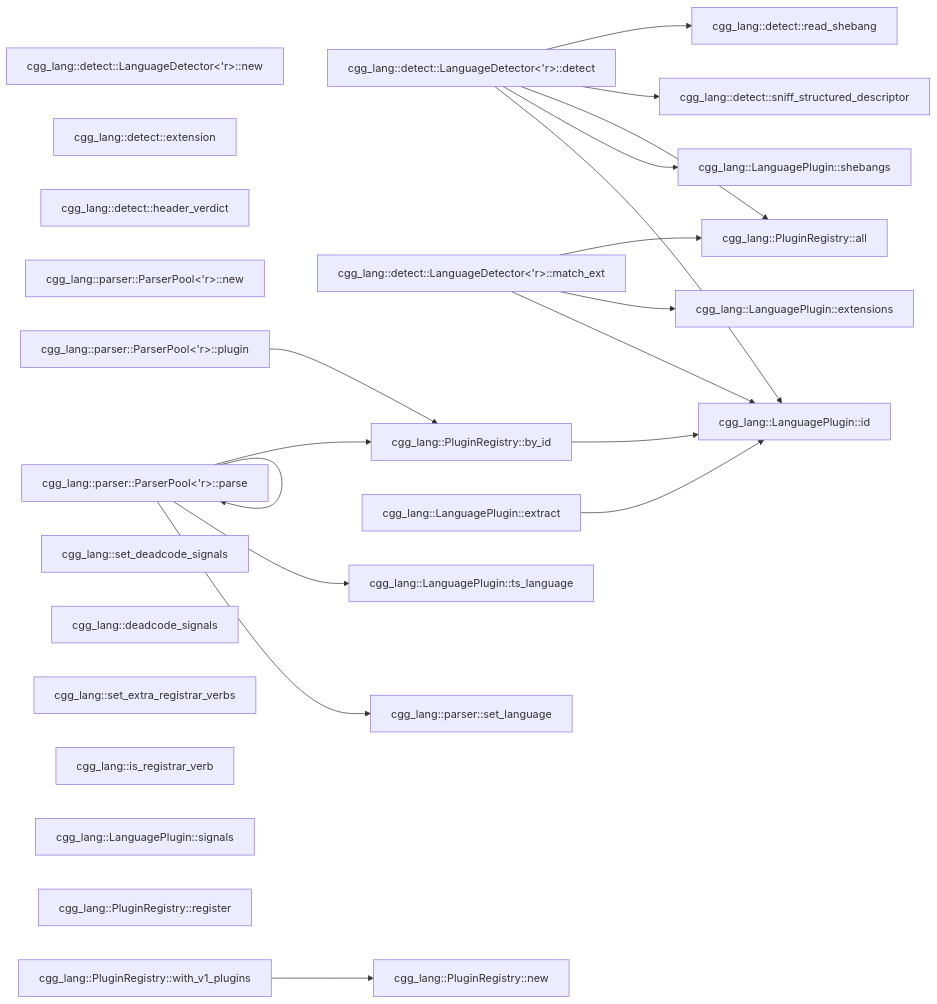
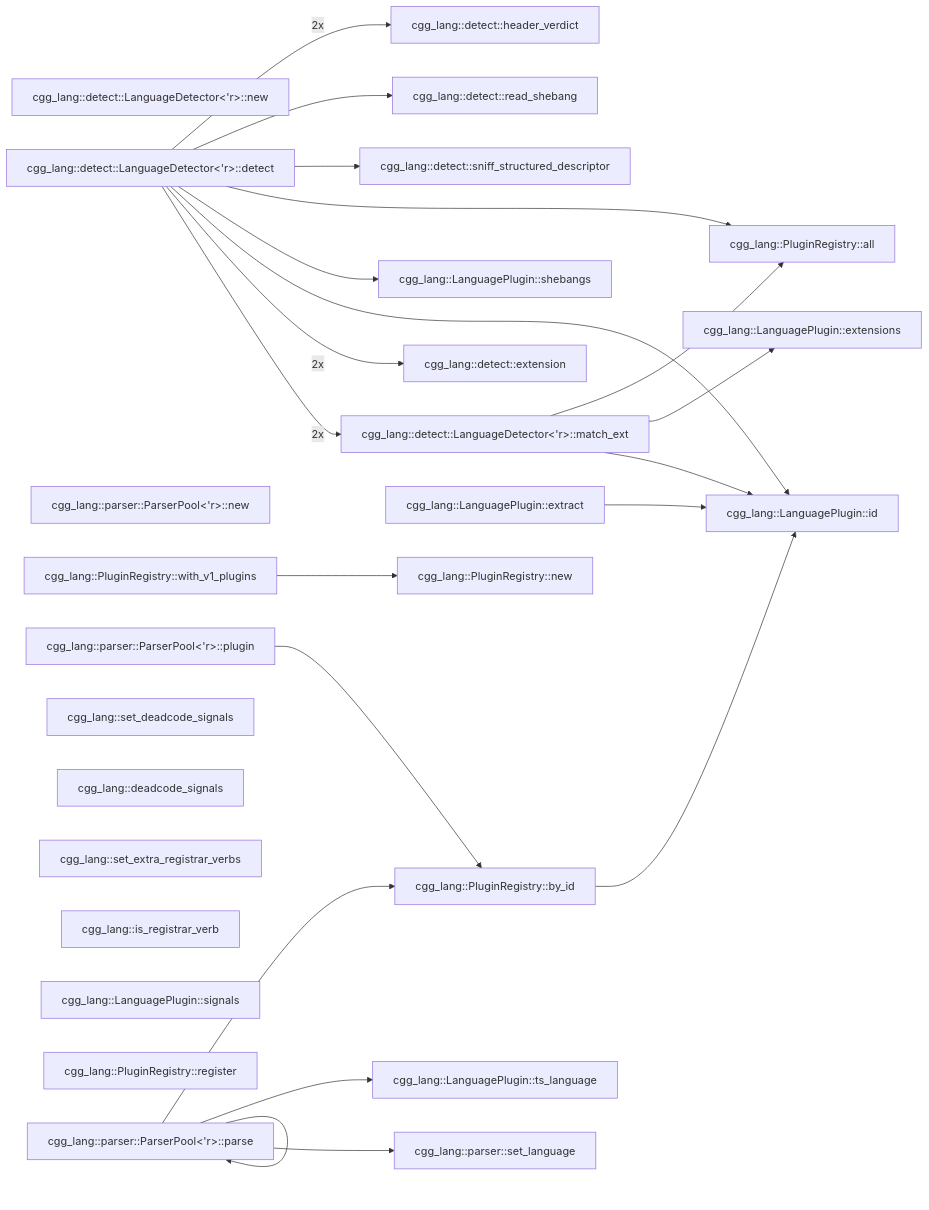
One commit to NeuralNotwerk/cgg changed the third of 4 diagrams in README.md. Above: the diagram before and after it, drawn with Mermaid. The commit also changed other lines of this file and 115 other files, not shown here.

````diff
--- a/README.md
+++ b/README.md
@@ -535,45 +547,48 @@
 ```mermaid
 flowchart LR
   C0["cgg_lang::detect::LanguageDetector<'r>::new"]
   C1["cgg_lang::detect::LanguageDetector<'r>::detect"]
   C2["cgg_lang::detect::LanguageDetector<'r>::match_ext"]
   C3["cgg_lang::detect::extension"]
   C4["cgg_lang::detect::sniff_structured_descriptor"]
   C5["cgg_lang::detect::read_shebang"]
   C6["cgg_lang::detect::header_verdict"]
   C19["cgg_lang::parser::ParserPool<'r>::new"]
   C20["cgg_lang::parser::ParserPool<'r>::parse"]
   C21["cgg_lang::parser::ParserPool<'r>::plugin"]
   C22["cgg_lang::parser::set_language"]
   C26["cgg_lang::set_deadcode_signals"]
   C27["cgg_lang::deadcode_signals"]
   C28["cgg_lang::set_extra_registrar_verbs"]
   C29["cgg_lang::is_registrar_verb"]
   C30["cgg_lang::LanguagePlugin::id"]
   C31["cgg_lang::LanguagePlugin::extensions"]
   C32["cgg_lang::LanguagePlugin::shebangs"]
   C33["cgg_lang::LanguagePlugin::signals"]
   C34["cgg_lang::LanguagePlugin::ts_language"]
   C35["cgg_lang::LanguagePlugin::extract"]
   C36["cgg_lang::PluginRegistry::new"]
   C37["cgg_lang::PluginRegistry::register"]
   C38["cgg_lang::PluginRegistry::all"]
   C39["cgg_lang::PluginRegistry::by_id"]
   C40["cgg_lang::PluginRegistry::with_v1_plugins"]
+  C1 -->|2x| C2
+  C1 -->|2x| C3
   C1 --> C30
   C1 --> C32
   C1 --> C38
   C1 --> C4
   C1 --> C5
+  C1 -->|2x| C6
   C2 --> C30
   C2 --> C31
   C2 --> C38
   C20 --> C20
   C20 --> C22
   C20 --> C34
   C20 --> C39
   C21 --> C39
   C35 --> C30
   C39 --> C30
   C40 --> C36
 ```
````
